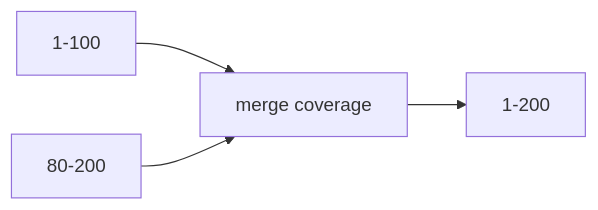
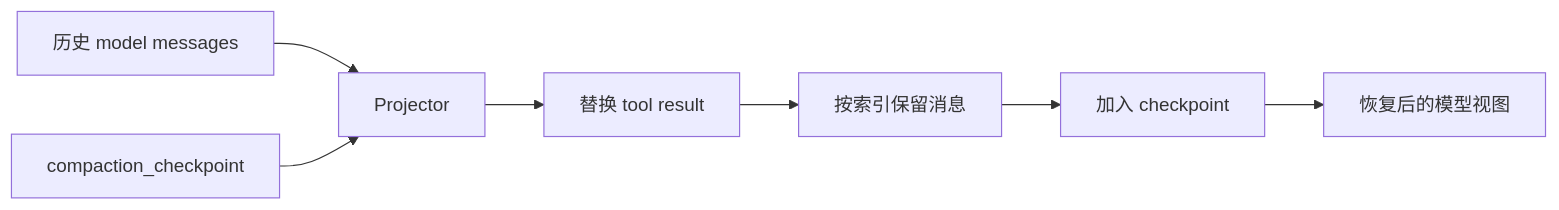
Diagram 13 of 18 in docs/10-context-governance-and-read-state.md (Arthur999459up/GitAgent), drawn with Mermaid before and after one commit. The commit also changed other lines of this file and 3 other files, not shown here.

````diff
--- a/docs/10-context-governance-and-read-state.md
+++ b/docs/10-context-governance-and-read-state.md
@@ -172,6 +510,9 @@
 ```mermaid
 flowchart LR
-    A[1-100] --> M[merge coverage]
-    B[80-200] --> M
-    M --> C[1-200]
+    H[历史 model messages] --> P[Projector]
+    E[compaction_checkpoint] --> P
+    P --> R[替换 tool result]
+    R --> K[按索引保留消息]
+    K --> C[加入 checkpoint]
+    C --> V[恢复后的模型视图]
 ```
````
